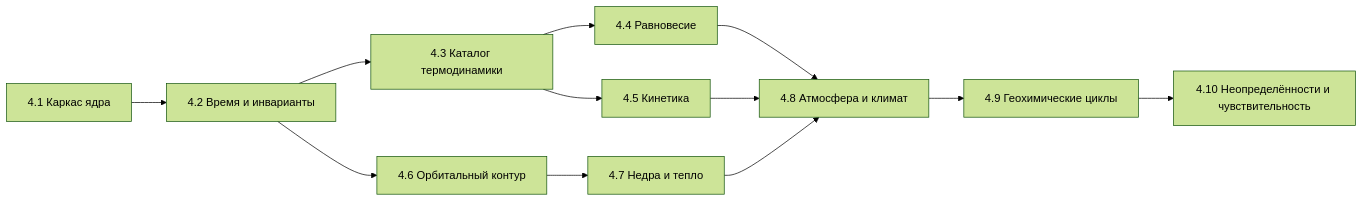
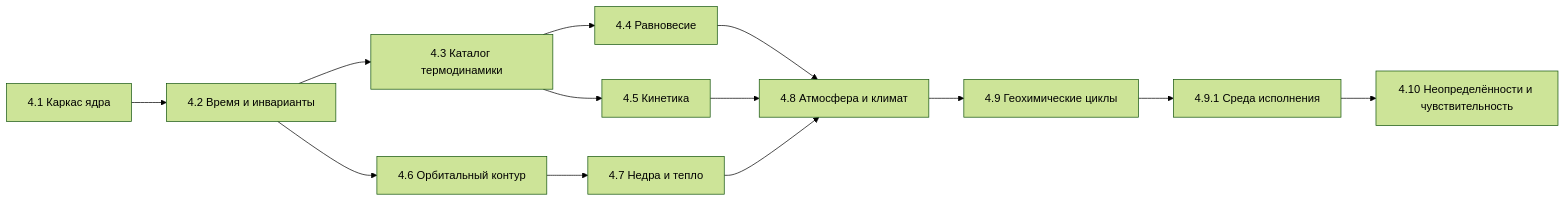
The first of 2 diagrams in docs/science/IMPLEMENTATION_ROADMAP.md (Mrcoolzbs-ai/evowars), drawn with Mermaid (forest theme) before and after one commit. The commit also changed other lines of this file, not shown here.

````diff
--- a/docs/science/IMPLEMENTATION_ROADMAP.md
+++ b/docs/science/IMPLEMENTATION_ROADMAP.md
@@ -514,14 +523,15 @@
 ```mermaid
 graph LR
   A[4.1 Каркас ядра] --> B[4.2 Время и инварианты]
   B --> C[4.3 Каталог термодинамики]
   C --> D[4.4 Равновесие]
   C --> E[4.5 Кинетика]
   B --> F[4.6 Орбитальный контур]
   F --> G[4.7 Недра и тепло]
   D --> H[4.8 Атмосфера и климат]
   E --> H
   G --> H
   H --> I[4.9 Геохимические циклы]
-  I --> J[4.10 Неопределённости и чувствительность]
+  I --> K[4.9.1 Среда исполнения]
+  K --> J[4.10 Неопределённости и чувствительность]
 ```
````
